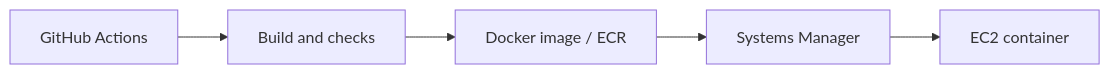
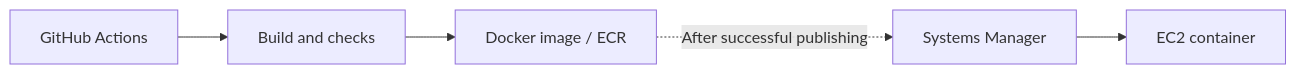
Before and after one commit to tr3ba/.github: the second of 2 diagrams in README.en.md, drawn with Mermaid. The commit also changed other lines of this file and 7 other files, not shown here.

```diff
--- a/README.en.md
+++ b/README.en.md
@@ -125,7 +137,7 @@
 ~~~mermaid
 flowchart LR
     GH["GitHub Actions"] --> CHECK["Build and checks"]
     CHECK --> ECR["Docker image / ECR"]
-    ECR --> SSM["Systems Manager"]
+    ECR -.->|"After successful publishing"| SSM["Systems Manager"]
     SSM --> EC2["EC2 container"]
 ~~~
```
